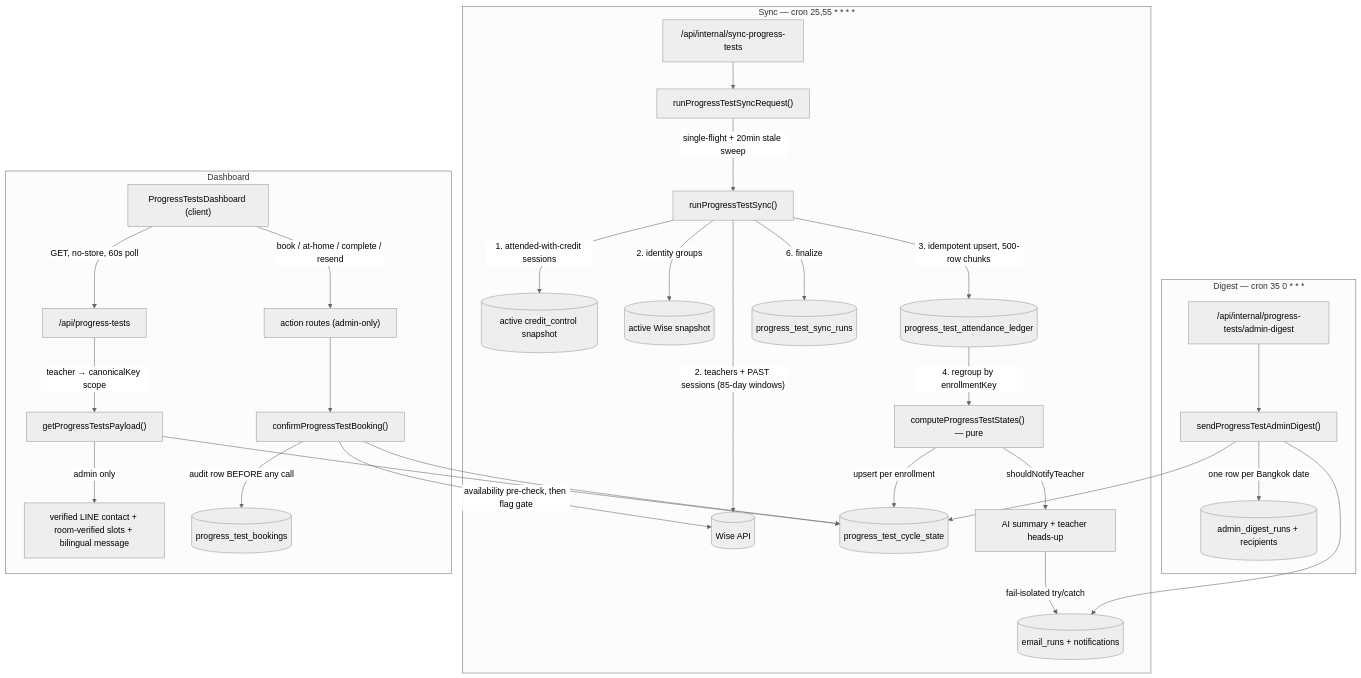
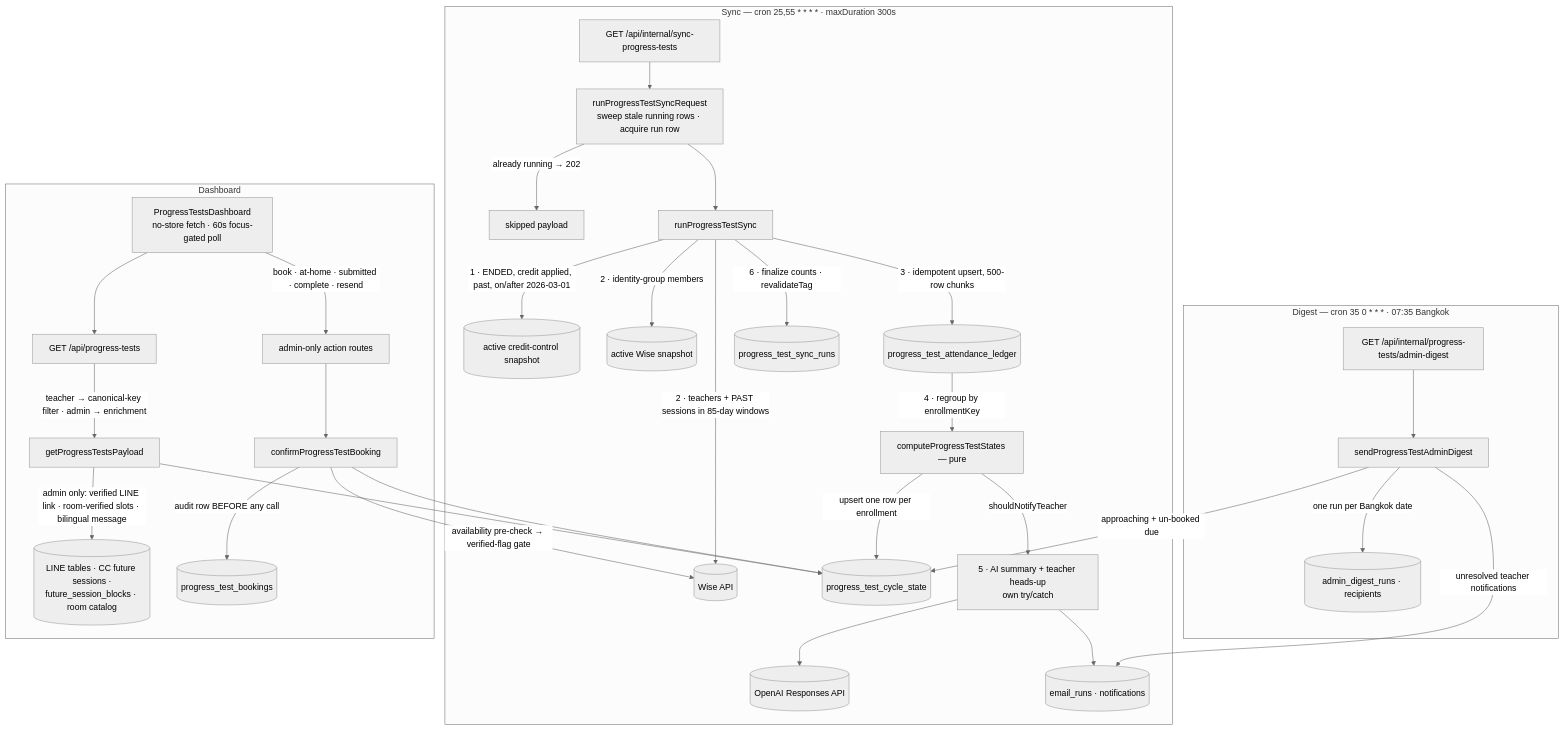
The diagram in docs/features/progress-tests.md (kasheesh711/bgscheduler), drawn with Mermaid (neutral theme) before and after one commit. The commit also changed other lines of this file and 95 other files, not shown here.

````diff
--- a/docs/features/progress-tests.md
+++ b/docs/features/progress-tests.md
@@ -78,35 +217,37 @@
 ```mermaid
 flowchart TD
-  subgraph Sync["Sync — cron 25,55 * * * *"]
-    Cron["/api/internal/sync-progress-tests"] --> RSR["runProgressTestSyncRequest()"]
-    RSR -->|"single-flight + 20min stale sweep"| RPS["runProgressTestSync()"]
-    RPS -->|"1. attended-with-credit sessions"| CC[("active credit_control snapshot")]
-    RPS -->|"2. teachers + PAST sessions (85-day windows)"| WISE[("Wise API")]
-    RPS -->|"2. identity groups"| WSNAP[("active Wise snapshot")]
-    RPS -->|"3. idempotent upsert, 500-row chunks"| LEDGER[("progress_test_attendance_ledger")]
-    LEDGER -->|"4. regroup by enrollmentKey"| ENGINE["computeProgressTestStates() — pure"]
-    ENGINE -->|"upsert per enrollment"| STATE[("progress_test_cycle_state")]
-    ENGINE -->|"shouldNotifyTeacher"| NOTIFY["AI summary + teacher heads-up"]
-    NOTIFY -->|"fail-isolated try/catch"| EMAIL[("email_runs + notifications")]
-    RPS -->|"6. finalize"| RUN[("progress_test_sync_runs")]
+  subgraph SYNC["Sync — cron 25,55 * * * * · maxDuration 300s"]
+    CRON["GET /api/internal/sync-progress-tests"] --> GUARD["runProgressTestSyncRequest<br/>sweep stale running rows · acquire run row"]
+    GUARD -->|"already running → 202"| SKIP["skipped payload"]
+    GUARD --> RUN["runProgressTestSync"]
+    RUN -->|"1 · ENDED, credit applied, past, on/after 2026-03-01"| CC[("active credit-control snapshot")]
+    RUN -->|"2 · teachers + PAST sessions in 85-day windows"| WISE[("Wise API")]
+    RUN -->|"2 · identity-group members"| WSNAP[("active Wise snapshot")]
+    RUN -->|"3 · idempotent upsert, 500-row chunks"| LEDGER[("progress_test_attendance_ledger")]
+    LEDGER -->|"4 · regroup by enrollmentKey"| ENGINE["computeProgressTestStates — pure"]
+    ENGINE -->|"upsert one row per enrollment"| STATE[("progress_test_cycle_state")]
+    ENGINE -->|"shouldNotifyTeacher"| NOTIFY["5 · AI summary + teacher heads-up<br/>own try/catch"]
+    NOTIFY --> OPENAI[("OpenAI Responses API")]
+    NOTIFY --> MAIL[("email_runs · notifications")]
+    RUN -->|"6 · finalize counts · revalidateTag"| RUNS[("progress_test_sync_runs")]
   end
 
-  subgraph Digest["Digest — cron 35 0 * * *"]
-    DCron["/api/internal/progress-tests/admin-digest"] --> DIG["sendProgressTestAdminDigest()"]
-    DIG --> STATE
-    DIG --> EMAIL
-    DIG -->|"one row per Bangkok date"| DRUNS[("admin_digest_runs + recipients")]
+  subgraph DIGEST["Digest — cron 35 0 * * * · 07:35 Bangkok"]
+    DCRON["GET /api/internal/progress-tests/admin-digest"] --> DIG["sendProgressTestAdminDigest"]
+    DIG -->|"approaching + un-booked due"| STATE
+    DIG -->|"unresolved teacher notifications"| MAIL
+    DIG -->|"one run per Bangkok date"| DRUNS[("admin_digest_runs · recipients")]
   end
 
-  subgraph Read["Dashboard"]
-    UI["ProgressTestsDashboard (client)"] -->|"GET, no-store, 60s poll"| API["/api/progress-tests"]
-    API -->|"teacher → canonicalKey scope"| SVC["getProgressTestsPayload()"]
+  subgraph READ["Dashboard"]
+    UI["ProgressTestsDashboard<br/>no-store fetch · 60s focus-gated poll"] --> API["GET /api/progress-tests"]
+    API -->|"teacher → canonical-key filter · admin → enrichment"| SVC["getProgressTestsPayload"]
     SVC --> STATE
-    SVC -->|"admin only"| ENRICH["verified LINE contact + room-verified slots + bilingual message"]
-    UI -->|"book / at-home / complete / resend"| ACT["action routes (admin-only)"]
-    ACT --> BOOK["confirmProgressTestBooking()"]
+    SVC -->|"admin only: verified LINE link · room-verified slots · bilingual message"| ENRICH[("LINE tables · CC future sessions ·<br/>future_session_blocks · room catalog")]
+    UI -->|"book · at-home · submitted · complete · resend"| ACT["admin-only action routes"]
+    ACT --> BOOK["confirmProgressTestBooking"]
     BOOK -->|"audit row BEFORE any call"| BOOKS[("progress_test_bookings")]
-    BOOK -->|"availability pre-check, then flag gate"| WISE
+    BOOK -->|"availability pre-check → verified-flag gate"| WISE
     BOOK --> STATE
   end
 ```
````
